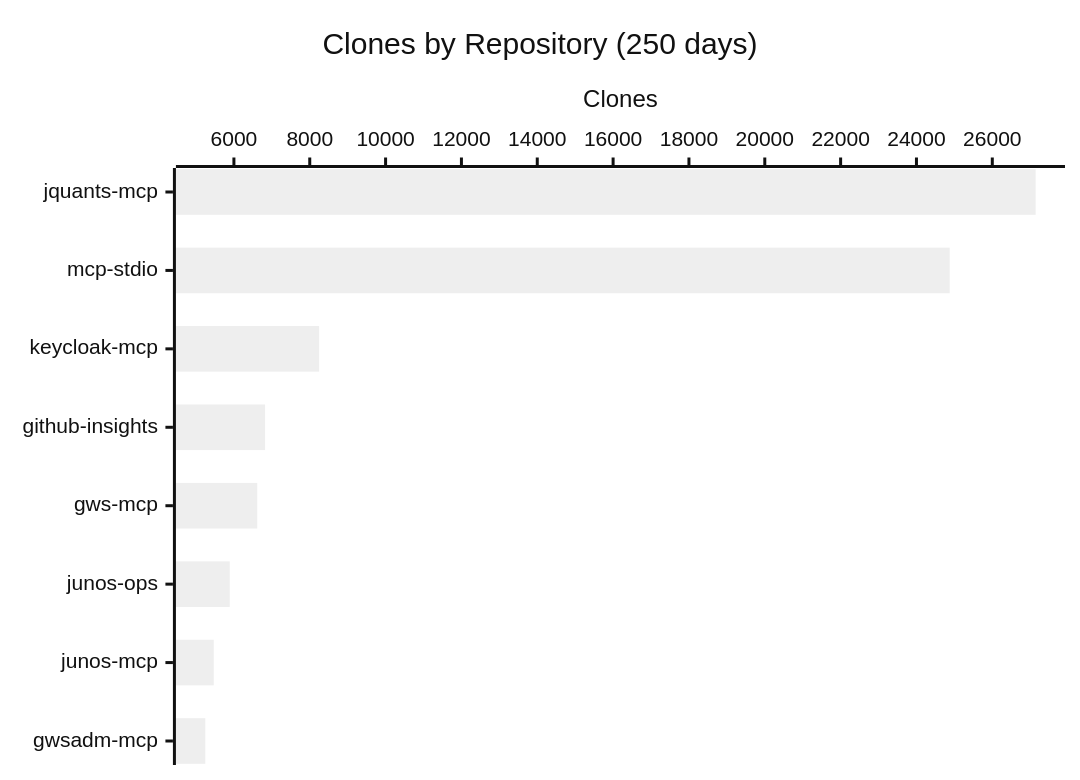
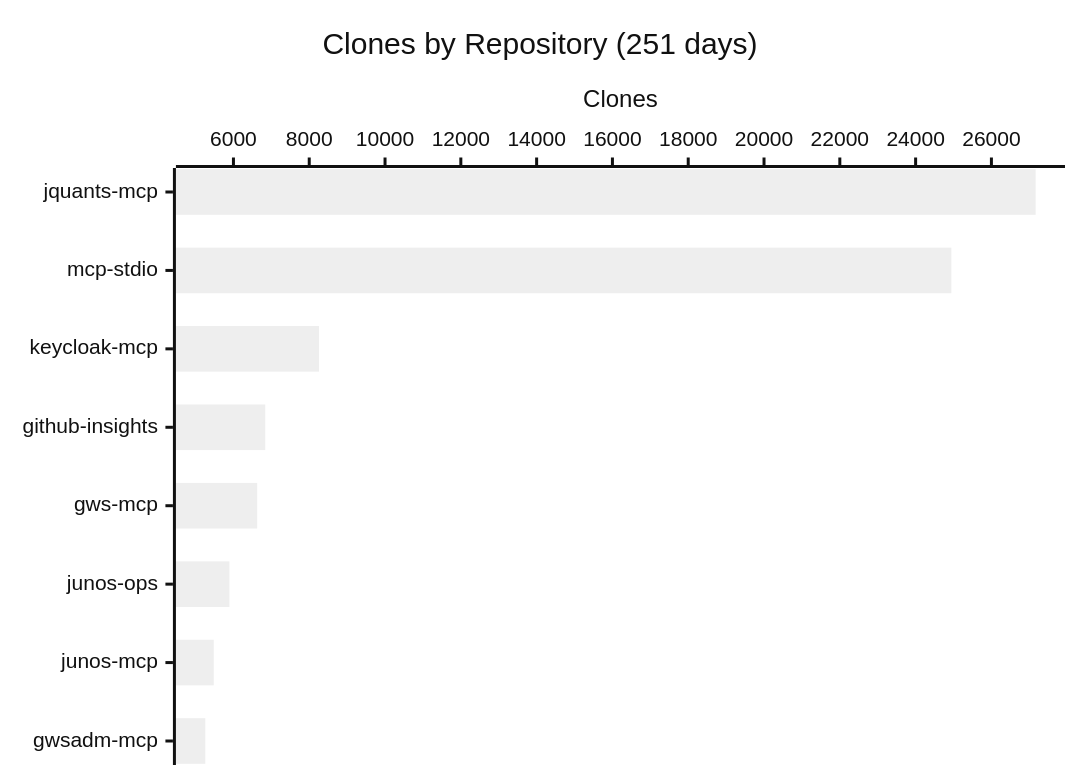
One commit to shigechika/github-insights changed the fourth of 4 diagrams in README.md. Above: the diagram before and after it, drawn with Mermaid (neutral theme). The commit also changed other lines of this file and 1 other file, not shown here.

````diff
--- a/README.md
+++ b/README.md
@@ -58,7 +58,7 @@
 ```mermaid
 xychart-beta horizontal
-    title "Clones by Repository (250 days)"
+    title "Clones by Repository (251 days)"
     x-axis ["jquants-mcp", "mcp-stdio", "keycloak-mcp", "github-insights", "gws-mcp", "junos-ops", "junos-mcp", "gwsadm-mcp"]
     y-axis "Clones"
-    bar [27143, 24877, 8247, 6822, 6616, 5890, 5468, 5245]
+    bar [27167, 24943, 8258, 6839, 6627, 5894, 5480, 5257]
 ```
````
